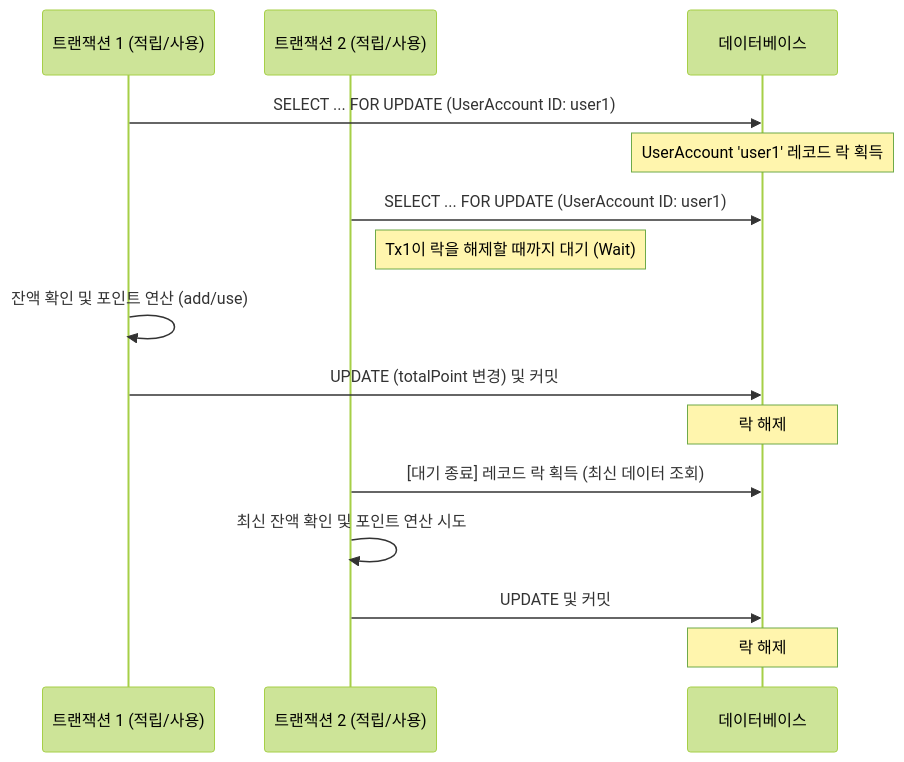
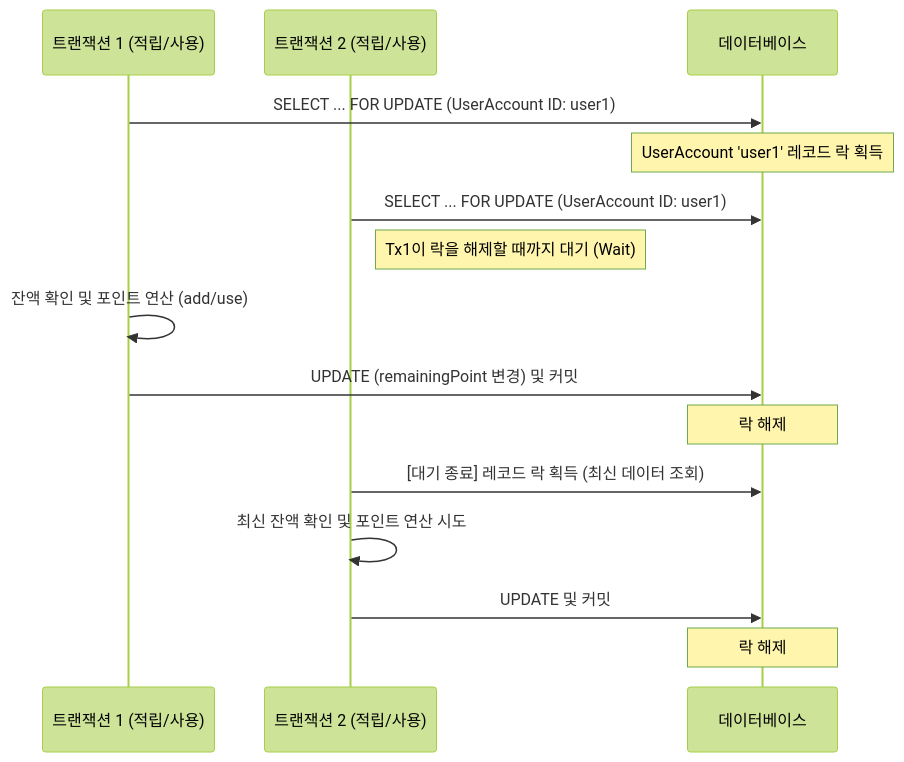
The diagram in docs/동시성 제어.md (muzzaiwork/point), drawn with Mermaid (forest theme) before and after one commit. The commit also changed other lines of this file and 14 other files, not shown here.

Commit message:
Rename total to remaining in UserAccount and update Point entity field names

````diff
--- a/docs/동시성 제어.md
+++ b/docs/동시성 제어.md
@@ -21,21 +21,21 @@
 ```mermaid
 sequenceDiagram
     participant Tx1 as 트랜잭션 1 (적립/사용)
     participant Tx2 as 트랜잭션 2 (적립/사용)
     participant DB as 데이터베이스
 
     Tx1->>DB: SELECT ... FOR UPDATE (UserAccount ID: user1)
     Note over DB: UserAccount 'user1' 레코드 락 획득
     
     Tx2->>DB: SELECT ... FOR UPDATE (UserAccount ID: user1)
     Note right of Tx2: Tx1이 락을 해제할 때까지 대기 (Wait)
 
     Tx1->>Tx1: 잔액 확인 및 포인트 연산 (add/use)
-    Tx1->>DB: UPDATE (totalPoint 변경) 및 커밋
+    Tx1->>DB: UPDATE (remainingPoint 변경) 및 커밋
     Note over DB: 락 해제
 
     Tx2->>DB: [대기 종료] 레코드 락 획득 (최신 데이터 조회)
     Tx2->>Tx2: 최신 잔액 확인 및 포인트 연산 시도
     Tx2->>DB: UPDATE 및 커밋
     Note over DB: 락 해제
 ```
````
